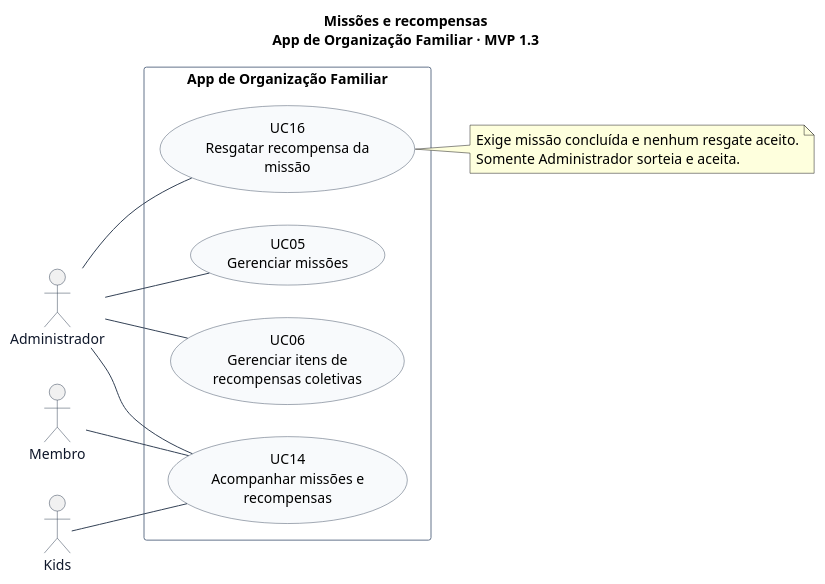
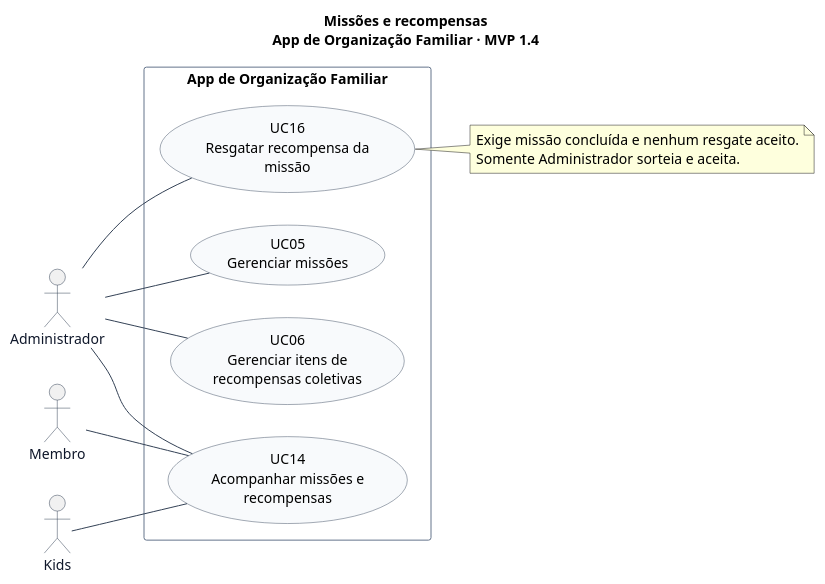
The diagram in docs/diagramas/casos-de-uso/05-missoes-recompensas.puml (lizandramalta/App-Rotina-Familiar), drawn with PlantUML before and after one commit. The commit also changed 20 other files, not shown here.

```diff
--- a/docs/diagramas/casos-de-uso/05-missoes-recompensas.puml
+++ b/docs/diagramas/casos-de-uso/05-missoes-recompensas.puml
@@ -1,41 +1,41 @@
 @startuml
 ' Fonte editável. Renderização: java -jar plantuml.jar -charset UTF-8 -tsvg *.puml
 left to right direction
 skinparam shadowing false
 skinparam backgroundColor white
 skinparam defaultFontName SansSerif
 skinparam defaultFontSize 14
 skinparam ArrowColor #334155
 skinparam actorBorderColor #334155
 skinparam actorFontColor #0F172A
 skinparam usecaseBackgroundColor #F8FAFC
 skinparam usecaseBorderColor #475569
 skinparam rectangleBorderColor #64748B
 skinparam packageStyle rectangle
 skinparam nodesep 32
 skinparam ranksep 55
-title Missões e recompensas\nApp de Organização Familiar · MVP 1.3
+title Missões e recompensas\nApp de Organização Familiar · MVP 1.4
 
 actor "Administrador" as Admin
 actor "Membro" as Membro
 actor "Kids" as Kids
 
 rectangle "App de Organização Familiar" {
   usecase "UC05\nGerenciar missões" as UC05
   usecase "UC06\nGerenciar itens de\nrecompensas coletivas" as UC06
   usecase "UC14\nAcompanhar missões e\nrecompensas" as UC14
   usecase "UC16\nResgatar recompensa da\nmissão" as UC16
 }
 
 Admin -- UC05
 Admin -- UC06
 Admin -- UC14
 Admin -- UC16
 Membro -- UC14
 Kids -- UC14
 note right of UC16
   Exige missão concluída e nenhum resgate aceito.
   Somente Administrador sorteia e aceita.
 end note
 
 @enduml
```
